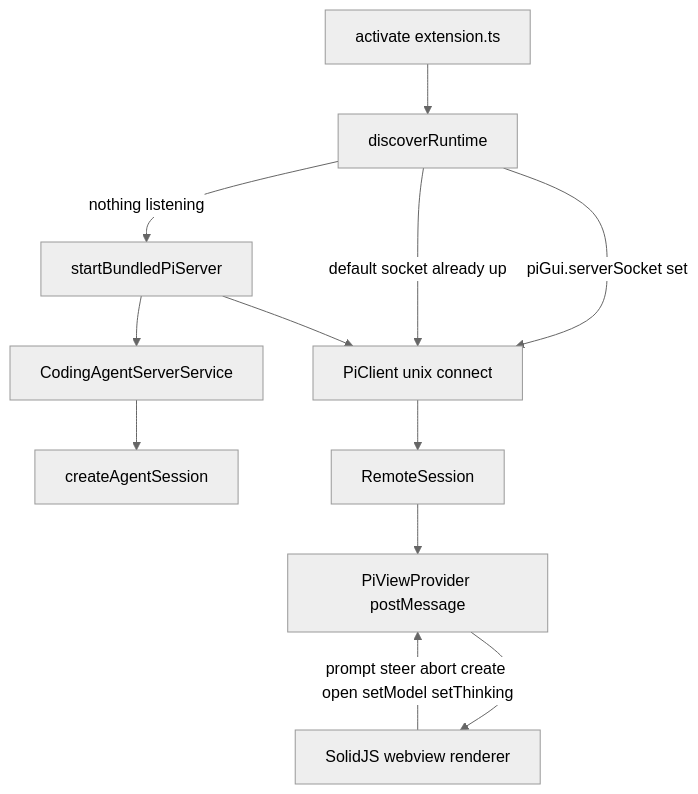
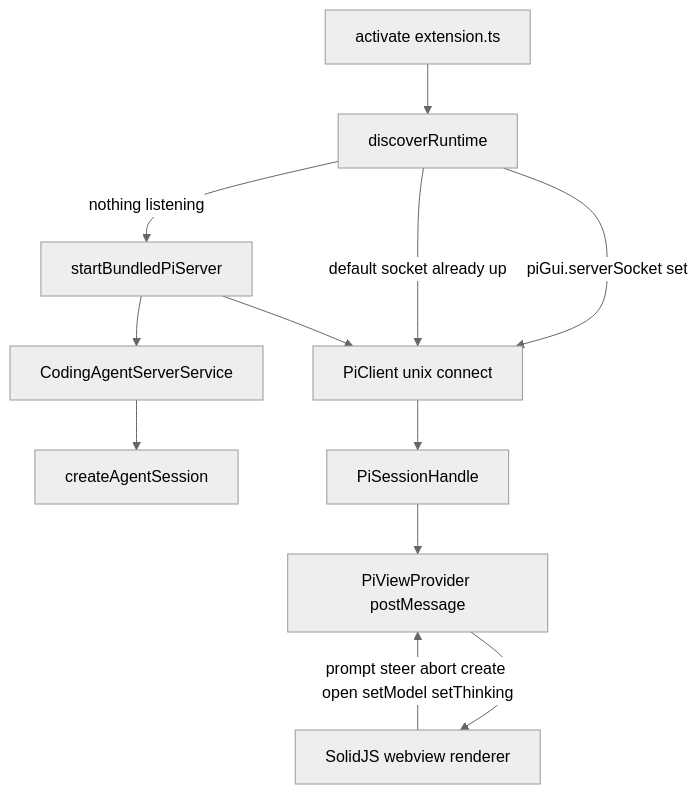
Before and after one commit to tanishqkancharla/pi-gui-vscode: the first of 3 diagrams in specs/pi-gui.md, drawn with Mermaid (neutral theme). The commit also changed other lines of this file and 8 other files, not shown here.

````diff
--- a/specs/pi-gui.md
+++ b/specs/pi-gui.md
@@ -5,14 +5,14 @@
 ```mermaid
 flowchart TD
     Activate[activate extension.ts] --> Discover[discoverRuntime]
     Discover -->|piGui.serverSocket set| Connect[PiClient unix connect]
     Discover -->|default socket already up| Connect
     Discover -->|nothing listening| Start[startBundledPiServer]
     Start --> Adapter[CodingAgentServerService]
     Adapter --> Agent[createAgentSession]
     Start --> Connect
-    Connect --> Remote[RemoteSession]
+    Connect --> Remote[PiSessionHandle]
     Remote --> Relay[PiViewProvider postMessage]
     Relay --> UI[SolidJS webview renderer]
     UI -->|prompt steer abort create open setModel setThinking| Relay
 ```
````
